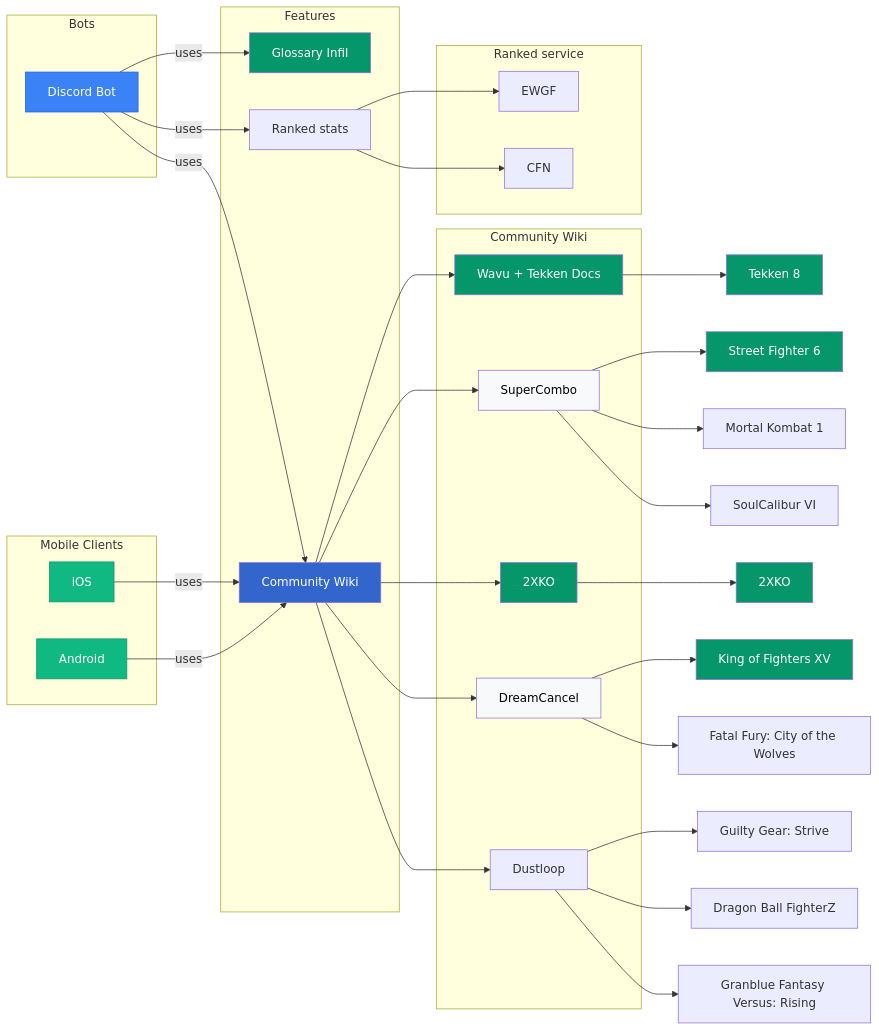
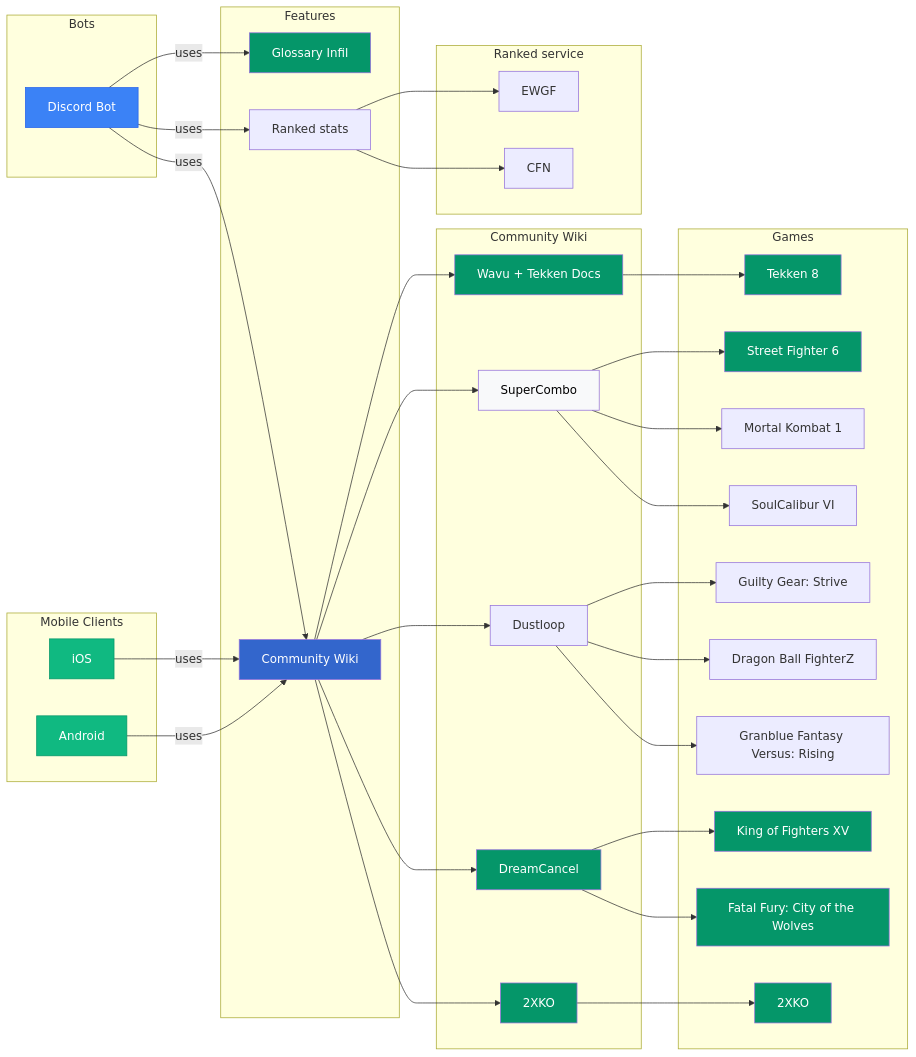
Before and after one commit to Sophon/FightingNerd: the diagram in README.md, drawn with Mermaid. The commit also changed 18 other files, not shown here.

````diff
--- a/README.md
+++ b/README.md
@@ -44,6 +44,19 @@
     dreamcancel[DreamCancel]
   end
 
+  subgraph Games
+    t8[Tekken 8]
+    sf6[Street Fighter 6]
+    mk1[Mortal Kombat 1]
+    sc6[SoulCalibur VI]
+    ggst[Guilty Gear: Strive]
+    dbfz[Dragon Ball FighterZ]
+    gbvsr[Granblue Fantasy Versus: Rising]
+    kof15[King of Fighters XV]
+    cotw[Fatal Fury: City of the Wolves]
+    xko[2XKO]
+  end
+
   subgraph Ranked service
     ewgf[EWGF]
     cfn[CFN]
@@ -65,16 +78,16 @@
   elo --> ewgf
   elo --> cfn
 
-  wikiWavu --> t8[Tekken 8]
-  supercombo --> sf6[Street Fighter 6]
-  supercombo --> mk1[Mortal Kombat 1]
-  supercombo --> sc6[SoulCalibur VI]
-  dustloop --> ggst[Guilty Gear: Strive]
-  dustloop --> dbfz[Dragon Ball FighterZ]
-  dustloop --> gbvsr[Granblue Fantasy Versus: Rising]
-  2xko --> xko[2XKO]
-  dreamcancel --> kof15[King of Fighters XV]
-  dreamcancel --> cotw[Fatal Fury: City of the Wolves]
+  wikiWavu --> t8
+  supercombo --> sf6
+  supercombo --> mk1
+  supercombo --> sc6
+  dustloop --> ggst
+  dustloop --> dbfz
+  dustloop --> gbvsr
+  2xko --> xko
+  dreamcancel --> kof15
+  dreamcancel --> cotw
 
 
   style discordBot fill:#3B82F6,stroke:#2563EB,color:#fff
@@ -84,10 +97,11 @@
   style communityWiki fill:#3366CC,color:#fff
   style wikiWavu fill:#059669,color:#fff
   style supercombo fill:#F8F9FA,color:#000000
-  style dreamcancel fill:#F8F9FA,color:#000000
+  style dreamcancel fill:#059669, color:#fff
   style 2xko fill:#059669,color:#fff
   style t8 fill:#059669, color:#fff
   style sf6 fill:#059669, color:#fff
   style xko fill:#059669, color:#fff
   style kof15 fill:#059669,color:#fff
+  style cotw fill:#059669,color:#fff
 ```
````
